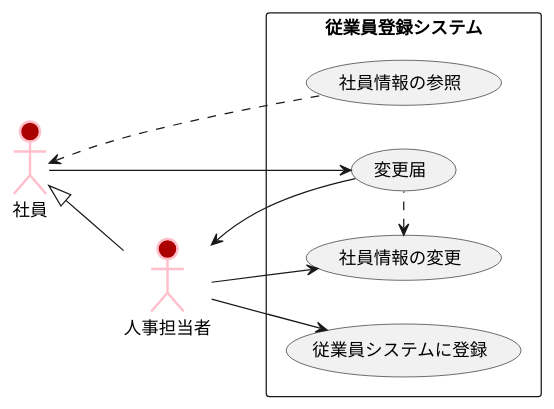
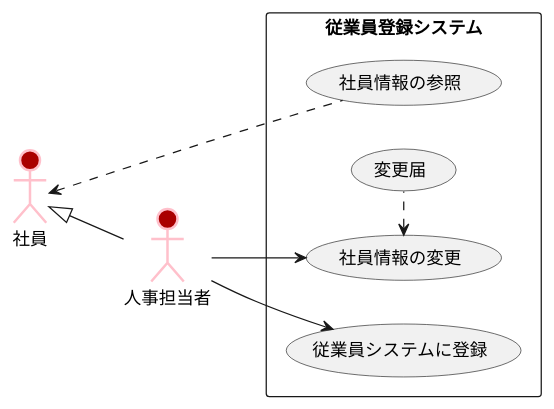
Before and after one commit to aikurusii/uml_introduction: the diagram in 演習2-6_盛岡システム_従業員登録システム.pu, drawn with PlantUML.

```diff
--- a/演習2-6_盛岡システム_従業員登録システム.pu
+++ b/演習2-6_盛岡システム_従業員登録システム.pu
@@ -1,18 +1,16 @@
 @startuml 従業員システム
 left to right direction
  actor 人事担当者 #AA0000;line:Pink;line.bold;
  actor 社員 #AA0000;line:Pink;line.bold;
 rectangle 従業員登録システム{
     usecase 従業員システムに登録
     usecase 社員情報の参照
     usecase 社員情報の変更
     usecase (変更届) as input
 } 
 人事担当者-->従業員システムに登録
 社員<.社員情報の参照
 社員<|-- 人事担当者
-input-->人事担当者
 人事担当者-->社員情報の変更
-社員-->input
 社員情報の変更 <.input
 @enduml
```
